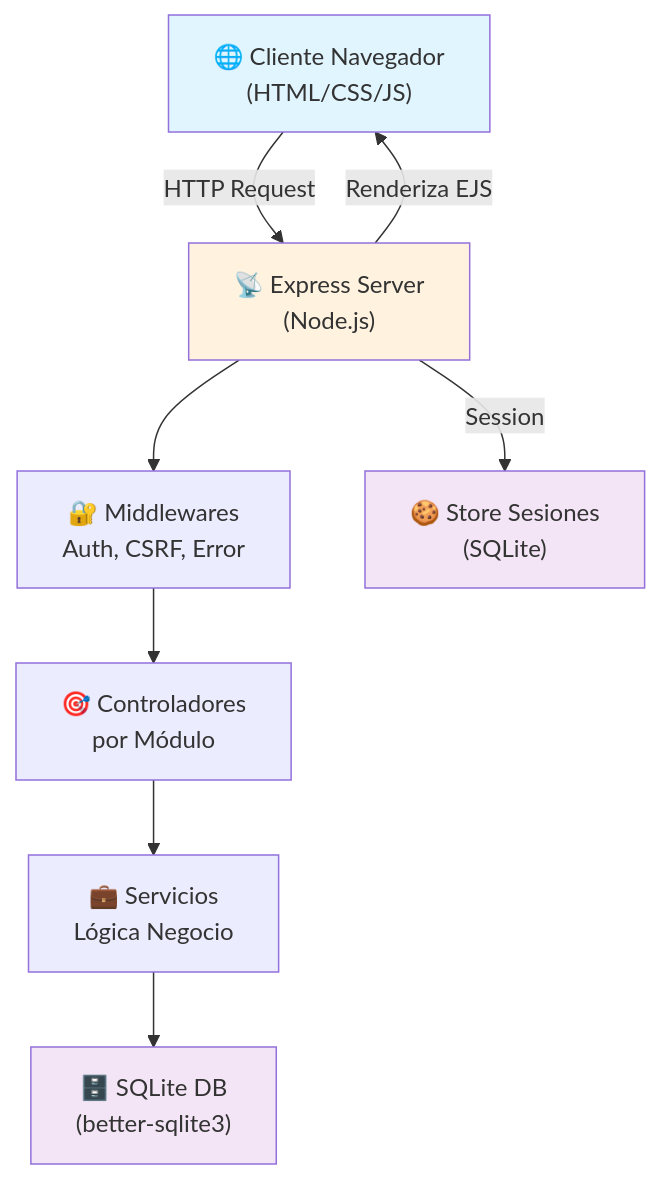
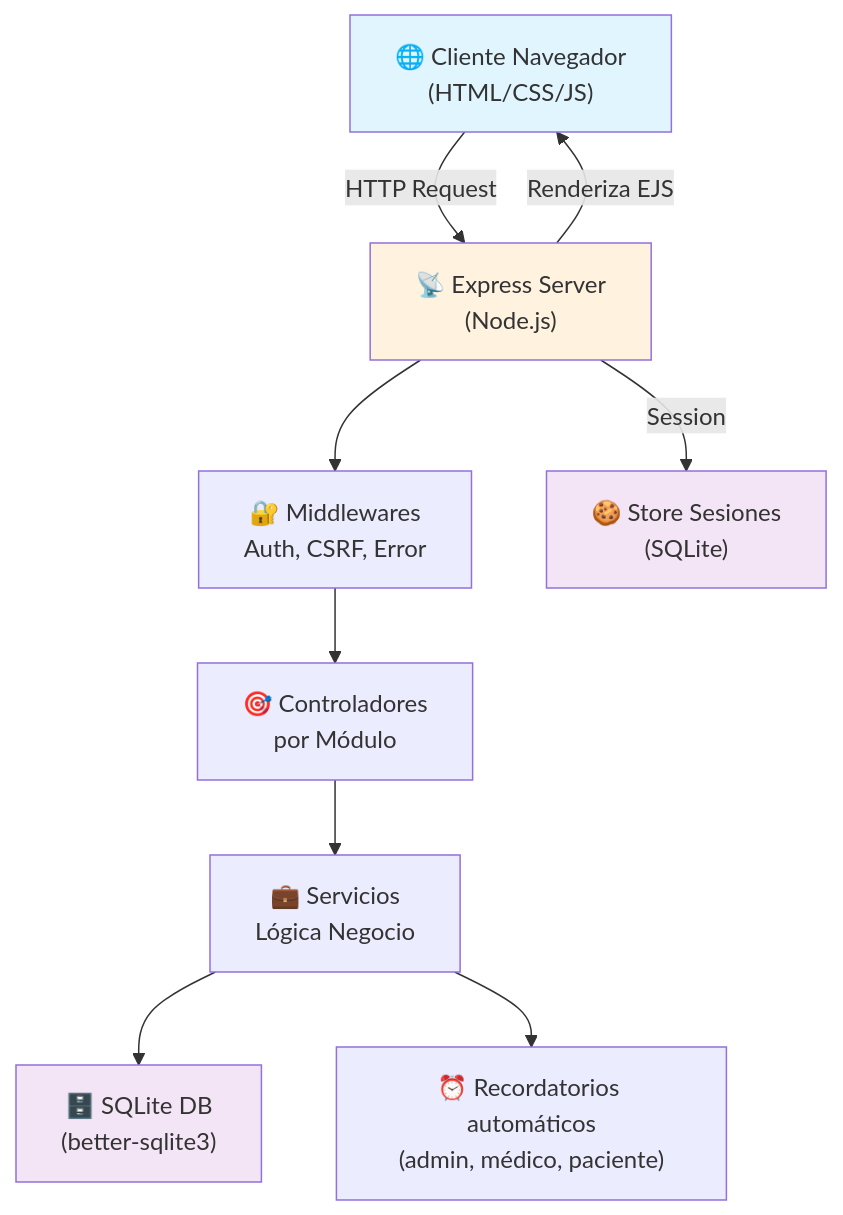
One commit to EdwardAR/CIS_II changed the first of 7 diagrams in README.md. Above: the diagram before and after it, drawn with Mermaid. The commit also changed other lines of this file and 13 other files, not shown here.

````diff
--- a/README.md
+++ b/README.md
@@ -89,17 +90,18 @@
 ```mermaid
 graph TD
     A["🌐 Cliente Navegador<br/>(HTML/CSS/JS)"] -->|HTTP Request| B["📡 Express Server<br/>(Node.js)"]
     
     B -->|Renderiza EJS| A
     B --> C["🔐 Middlewares<br/>Auth, CSRF, Error"]
     C --> D["🎯 Controladores<br/>por Módulo"]
     D --> E["💼 Servicios<br/>Lógica Negocio"]
     E --> F["🗄️ SQLite DB<br/>(better-sqlite3)"]
+    E --> H["⏰ Recordatorios automáticos<br/>(admin, médico, paciente)"]
     
     B -->|Session| G["🍪 Store Sesiones<br/>(SQLite)"]
     
     style A fill:#e1f5ff
     style B fill:#fff3e0
     style F fill:#f3e5f5
     style G fill:#f3e5f5
 ```
````
